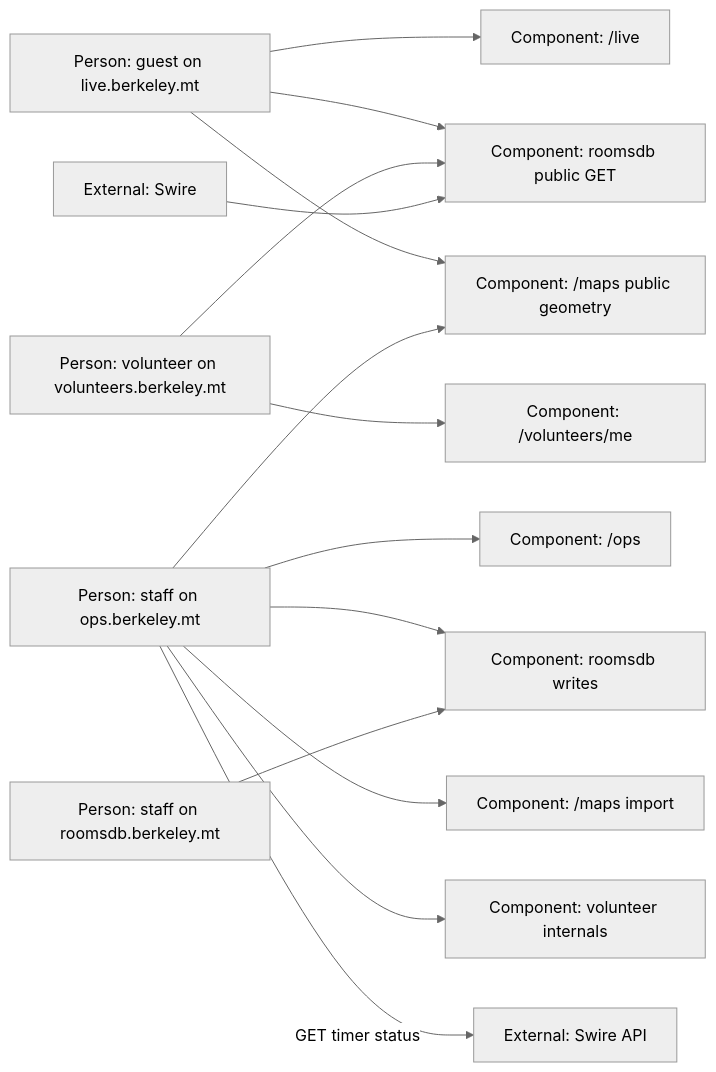
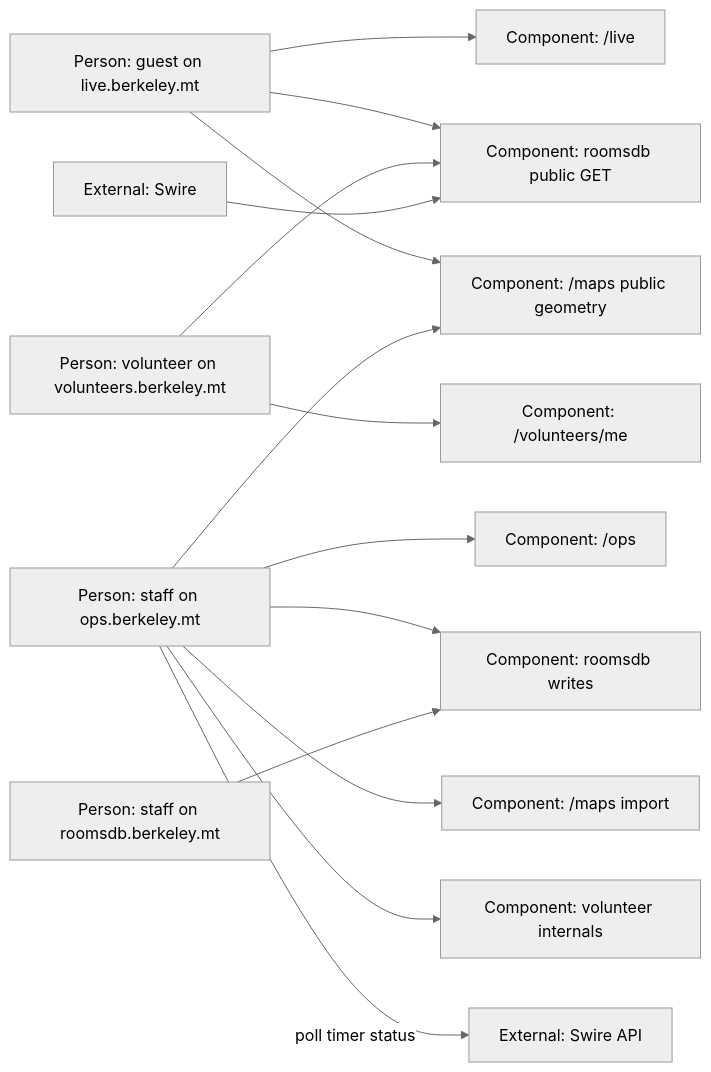
One commit to tri2k/room-allocations-demo changed the second of 2 diagrams in specs/2026-08-24-api-c3.md. Above: the diagram before and after it, drawn with Mermaid. The commit also changed other lines of this file and 5 other files, not shown here.

First line of the commit message:
docs: only Swire admins write; other platforms poll

````diff
--- a/specs/2026-08-24-api-c3.md
+++ b/specs/2026-08-24-api-c3.md
@@ -82,31 +82,31 @@
 ```mermaid
 %%{init: {"theme": "neutral"}}%%
 flowchart LR
   liveHost["Person: guest on live.berkeley.mt"]
   volHost["Person: volunteer on volunteers.berkeley.mt"]
   staffOps["Person: staff on ops.berkeley.mt"]
   staffRooms["Person: staff on roomsdb.berkeley.mt"]
   swireExt["External: Swire"]
   roomsdbPublic["Component: roomsdb public GET"]
   roomsdbStaff["Component: roomsdb writes"]
   mapsPublic["Component: /maps public geometry"]
   mapsStaff["Component: /maps import"]
   opsAll["Component: /ops"]
   volMe["Component: /volunteers/me"]
   volInternal["Component: volunteer internals"]
   liveAll["Component: /live"]
   swireApi["External: Swire API"]
   liveHost --> liveAll
   liveHost --> roomsdbPublic
   liveHost --> mapsPublic
   volHost --> volMe
   volHost --> roomsdbPublic
   staffOps --> opsAll
   staffOps --> roomsdbStaff
   staffOps --> mapsPublic
   staffOps --> mapsStaff
   staffOps --> volInternal
-  staffOps -->|"GET timer status"| swireApi
+  staffOps -->|"poll timer status"| swireApi
   staffRooms --> roomsdbStaff
   swireExt --> roomsdbPublic
 ```
````
